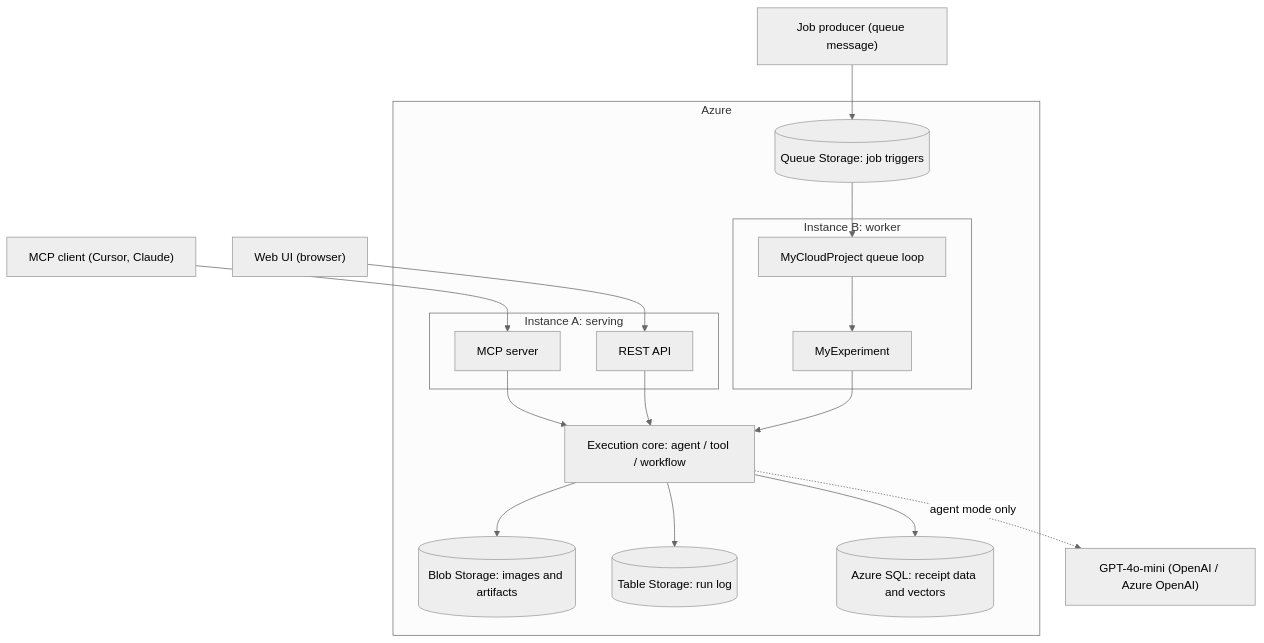
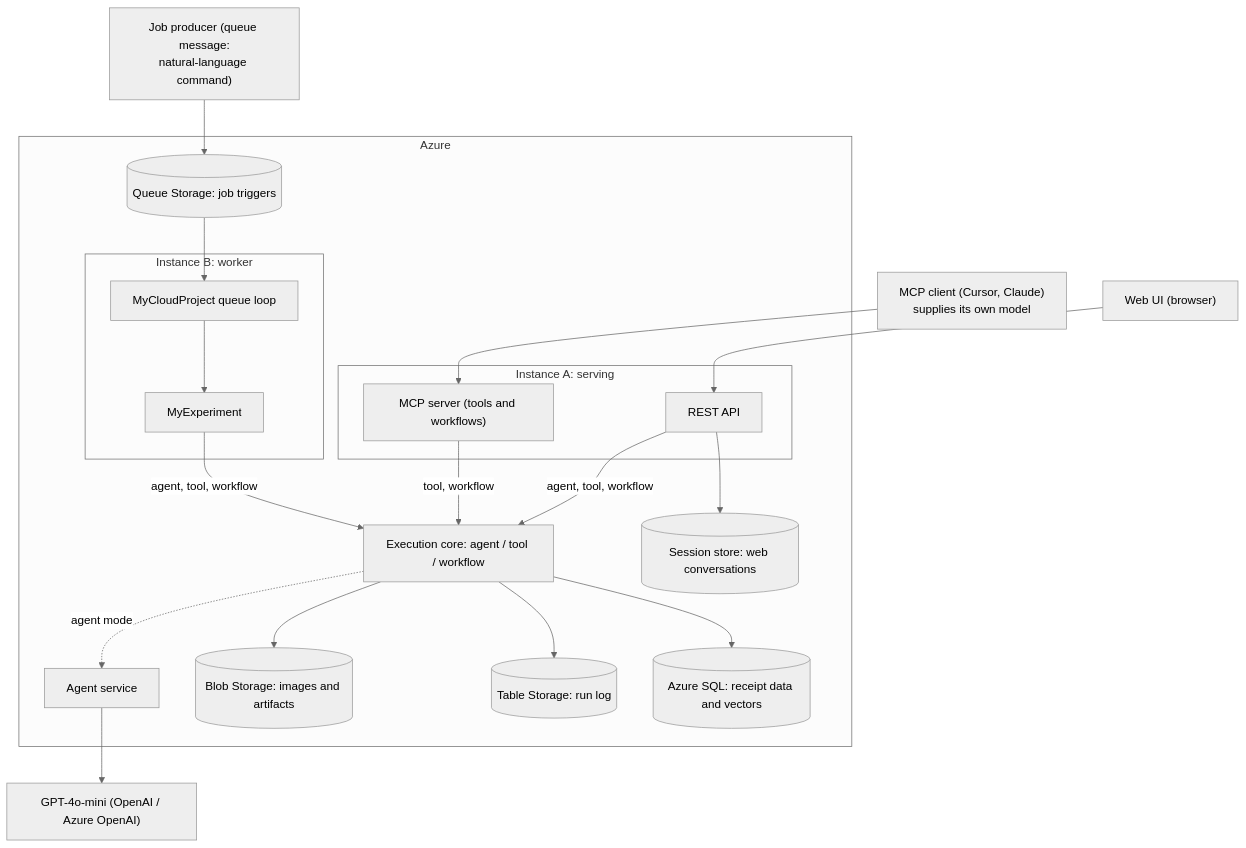
The diagram in Documentation/CLOUD_PROJECT_PLAN_V1.md (bahaspieler/agentic-document-ocr), drawn with Mermaid (neutral theme) before and after one commit. The commit also changed other lines of this file and 39 other files, not shown here.

First line of the commit message:
Make the OCR MCP service stateless and replica-safe

````diff
--- a/Documentation/CLOUD_PROJECT_PLAN_V1.md
+++ b/Documentation/CLOUD_PROJECT_PLAN_V1.md
@@ -31,37 +35,41 @@
 ```mermaid
 flowchart TB
-    McpClient["MCP client (Cursor, Claude)"]
+    McpClient["MCP client (Cursor, Claude)<br/>supplies its own model"]
     Browser["Web UI (browser)"]
-    Producer["Job producer (queue message)"]
+    Producer["Job producer (queue message:<br/>natural-language command)"]
 
     subgraph Azure["Azure"]
         subgraph InstA["Instance A: serving"]
-            Mcp["MCP server"]
+            Mcp["MCP server (tools and workflows)"]
             Api["REST API"]
         end
         subgraph InstB["Instance B: worker"]
             Worker["MyCloudProject queue loop"]
             Exp["MyExperiment"]
         end
         Core["Execution core: agent / tool / workflow"]
+        AgentSvc["Agent service"]
         Blob[("Blob Storage: images and artifacts")]
         Table[("Table Storage: run log")]
         Queue[("Queue Storage: job triggers")]
+        Sessions[("Session store: web conversations")]
         Sql[("Azure SQL: receipt data and vectors")]
     end
 
     Model["GPT-4o-mini (OpenAI / Azure OpenAI)"]
 
     McpClient --> Mcp
     Browser --> Api
     Producer --> Queue
     Queue --> Worker
     Worker --> Exp
-    Mcp --> Core
-    Api --> Core
-    Exp --> Core
+    Mcp -->|tool, workflow| Core
+    Api -->|agent, tool, workflow| Core
+    Exp -->|agent, tool, workflow| Core
+    Api --> Sessions
+    Core -.->|agent mode| AgentSvc
+    AgentSvc --> Model
     Core --> Blob
     Core --> Table
     Core --> Sql
-    Core -.->|agent mode only| Model
 ```
````
